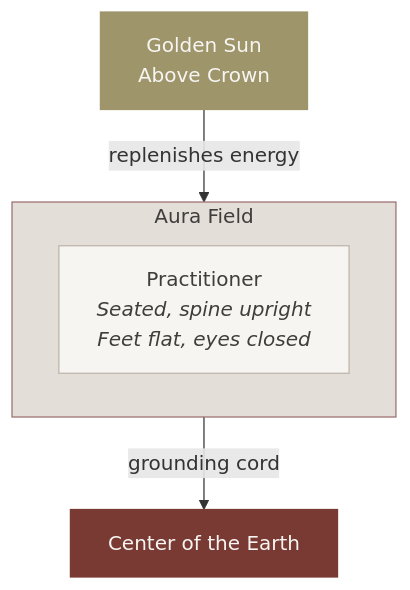
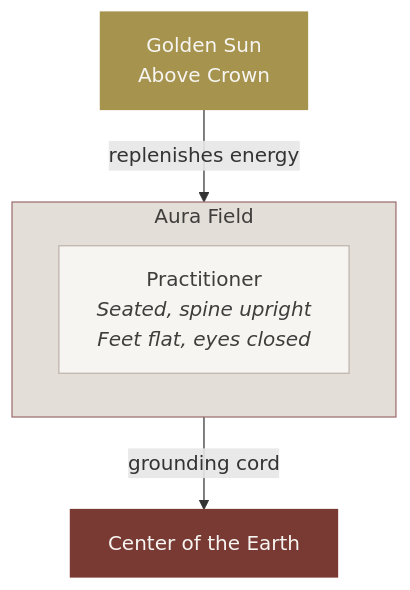
One commit to Light-Brands/roses-os changed the tenth of 28 diagrams in docs/brand-dna.md. Above: the diagram before and after it, drawn with Mermaid. The commit also changed other lines of this file and 1 other file, not shown here.

````diff
--- a/docs/brand-dna.md
+++ b/docs/brand-dna.md
@@ -525,14 +525,14 @@
 ```mermaid
 graph TD
     GS["Golden Sun<br/>Above Crown"]
     GS -->|"replenishes energy"| AURA
     subgraph AURA["Aura Field"]
         BODY["Practitioner<br/><i>Seated, spine upright</i><br/><i>Feet flat, eyes closed</i>"]
     end
     AURA -->|"grounding cord"| EARTH["Center of the Earth"]
 
-    style GS fill:#9E956B,color:#F7F5F2,stroke:#9E956B
+    style GS fill:#A6944E,color:#F7F5F2,stroke:#A6944E
     style AURA fill:#E4DED8,color:#3F3E3C,stroke:#9C6F6E
     style BODY fill:#F7F5F2,color:#3F3E3C,stroke:#BFB3AA
     style EARTH fill:#7A3A34,color:#F7F5F2,stroke:#7A3A34
 ```
````
